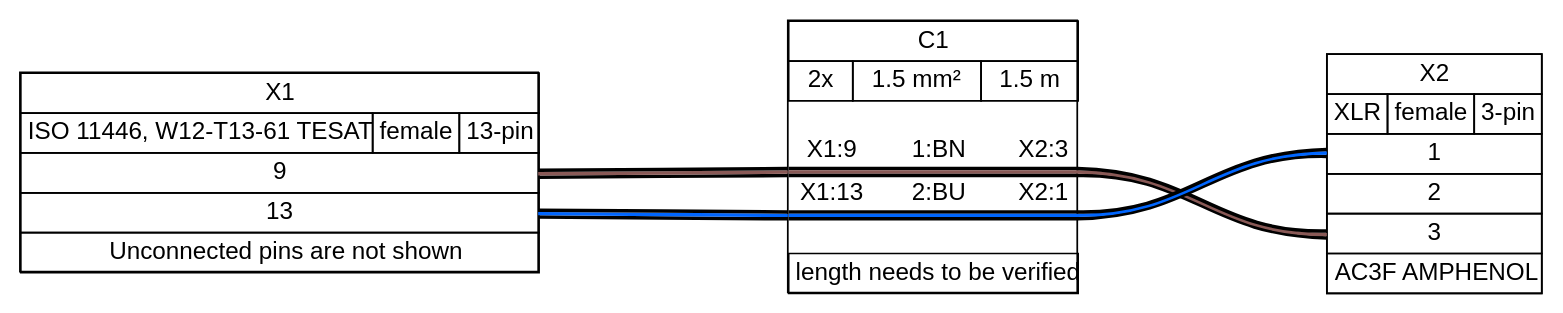
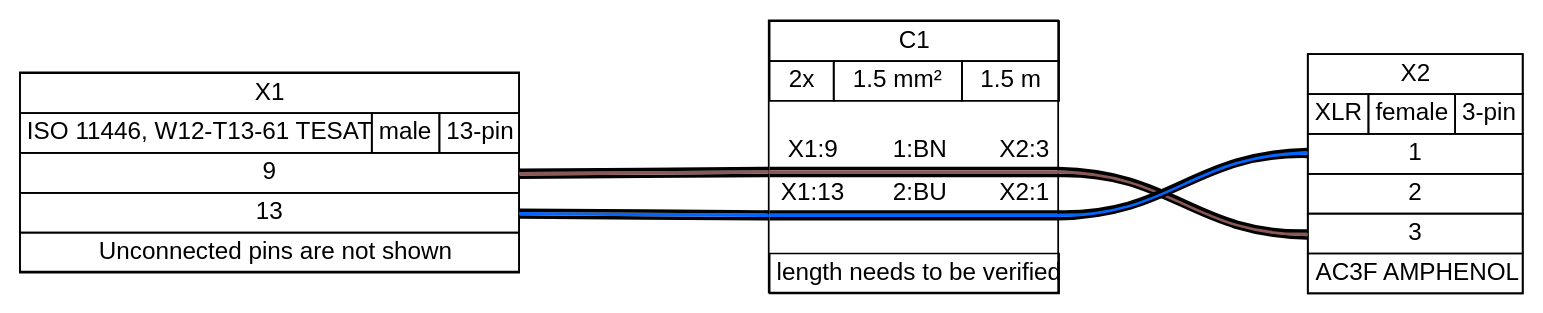
One commit to ODZ-UJF-AV-CR/CRREAT_cars changed the diagram in doc/power_input_cable/power_input.gv. Above: the diagram before and after it, drawn with Graphviz. The commit also changed 5 other files, not shown here.

```diff
--- a/doc/power_input_cable/power_input.gv
+++ b/doc/power_input_cable/power_input.gv
@@ -1,137 +1,137 @@
 graph {
 // Graph generated by WireViz 0.3.2
 // https://github.com/formatc1702/WireViz
 	graph [bgcolor="#FFFFFF" fontname=arial nodesep=0.33 rankdir=LR ranksep=2]
 	node [fillcolor="#FFFFFF" fontname=arial height=0 margin=0 shape=none style=filled width=0]
 	edge [fontname=arial style=bold]
 	X1 [label=<
 <table border="0" cellspacing="0" cellpadding="0">
  <tr><td>
   <table border="0" cellspacing="0" cellpadding="3" cellborder="1"><tr>
    <td balign="left">X1</td>
   </tr></table>
  </td></tr>
  <tr><td>
   <table border="0" cellspacing="0" cellpadding="3" cellborder="1"><tr>
    <td balign="left">ISO 11446, W12-T13-61 TESAT</td>
-   <td balign="left">female</td>
+   <td balign="left">male</td>
    <td balign="left">13-pin</td>
   </tr></table>
  </td></tr>
  <tr><td>
   <table border="0" cellspacing="0" cellpadding="3" cellborder="1">
    <tr>
     <td port="p9r">9</td>
    </tr>
    <tr>
     <td port="p13r">13</td>
    </tr>
   </table>
  </td></tr>
  <tr><td>
   <table border="0" cellspacing="0" cellpadding="3" cellborder="1"><tr>
    <td balign="left">Unconnected pins are not shown</td>
   </tr></table>
  </td></tr>
 </table>
 > fillcolor="#FFFFFF" shape=box style=filled]
 	X2 [label=<
 <table border="0" cellspacing="0" cellpadding="0">
  <tr><td>
   <table border="0" cellspacing="0" cellpadding="3" cellborder="1"><tr>
    <td balign="left">X2</td>
   </tr></table>
  </td></tr>
  <tr><td>
   <table border="0" cellspacing="0" cellpadding="3" cellborder="1"><tr>
    <td balign="left">XLR</td>
    <td balign="left">female</td>
    <td balign="left">3-pin</td>
   </tr></table>
  </td></tr>
  <tr><td>
   <table border="0" cellspacing="0" cellpadding="3" cellborder="1">
    <tr>
     <td port="p1l">1</td>
    </tr>
    <tr>
     <td port="p2l">2</td>
    </tr>
    <tr>
     <td port="p3l">3</td>
    </tr>
   </table>
  </td></tr>
  <tr><td>
   <table border="0" cellspacing="0" cellpadding="3" cellborder="1"><tr>
    <td balign="left">AC3F AMPHENOL</td>
   </tr></table>
  </td></tr>
 </table>
 > fillcolor="#FFFFFF" shape=box style=filled]
 	edge [color="#000000:#895956:#000000"]
 	X1:p9r:e -- C1:w1:w
 	C1:w1:e -- X2:p3l:w
 	edge [color="#000000:#0066ff:#000000"]
 	X1:p13r:e -- C1:w2:w
 	C1:w2:e -- X2:p1l:w
 	C1 [label=<
 <table border="0" cellspacing="0" cellpadding="0">
  <tr><td>
   <table border="0" cellspacing="0" cellpadding="3" cellborder="1"><tr>
    <td balign="left">C1</td>
   </tr></table>
  </td></tr>
  <tr><td>
   <table border="0" cellspacing="0" cellpadding="3" cellborder="1"><tr>
    <td balign="left">2x</td>
    <td balign="left">1.5 mm²</td>
    <td balign="left">1.5 m</td>
   </tr></table>
  </td></tr>
  <tr><td>
   <table border="0" cellspacing="0" cellborder="0">
    <tr><td>&nbsp;</td></tr>
    <tr>
     <td>X1:9</td>
     <td>
      1:BN
     </td>
     <td>X2:3</td>
    </tr>
    <tr>
     <td colspan="3" border="0" cellspacing="0" cellpadding="0" port="w1" height="6">
      <table cellspacing="0" cellborder="0" border="0">
       <tr><td colspan="3" cellpadding="0" height="2" bgcolor="#000000" border="0"></td></tr>
       <tr><td colspan="3" cellpadding="0" height="2" bgcolor="#895956" border="0"></td></tr>
       <tr><td colspan="3" cellpadding="0" height="2" bgcolor="#000000" border="0"></td></tr>
      </table>
     </td>
    </tr>
    <tr>
     <td>X1:13</td>
     <td>
      2:BU
     </td>
     <td>X2:1</td>
    </tr>
    <tr>
     <td colspan="3" border="0" cellspacing="0" cellpadding="0" port="w2" height="6">
      <table cellspacing="0" cellborder="0" border="0">
       <tr><td colspan="3" cellpadding="0" height="2" bgcolor="#000000" border="0"></td></tr>
       <tr><td colspan="3" cellpadding="0" height="2" bgcolor="#0066ff" border="0"></td></tr>
       <tr><td colspan="3" cellpadding="0" height="2" bgcolor="#000000" border="0"></td></tr>
      </table>
     </td>
    </tr>
    <tr><td>&nbsp;</td></tr>
   </table>
  </td></tr>
  <tr><td>
   <table border="0" cellspacing="0" cellpadding="3" cellborder="1"><tr>
    <td balign="left">length needs to be verified</td>
   </tr></table>
  </td></tr>
 </table>
 > fillcolor="#FFFFFF" shape=box style=filled]
 }
```
